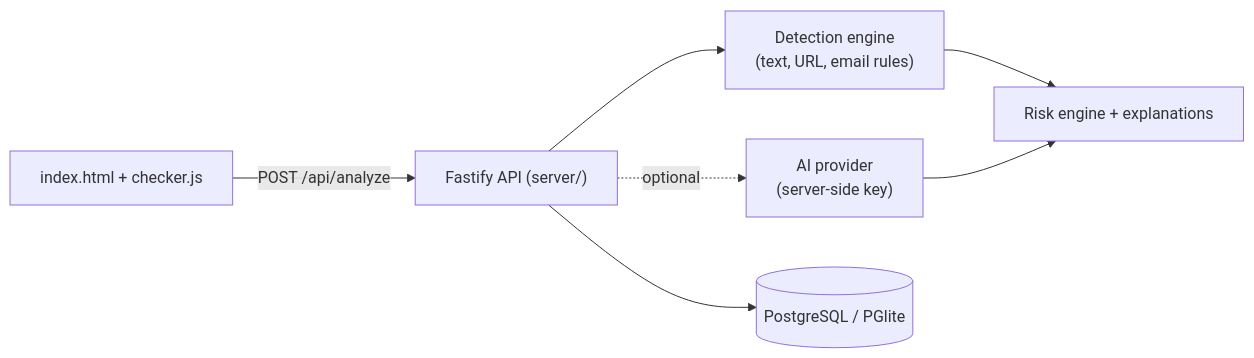
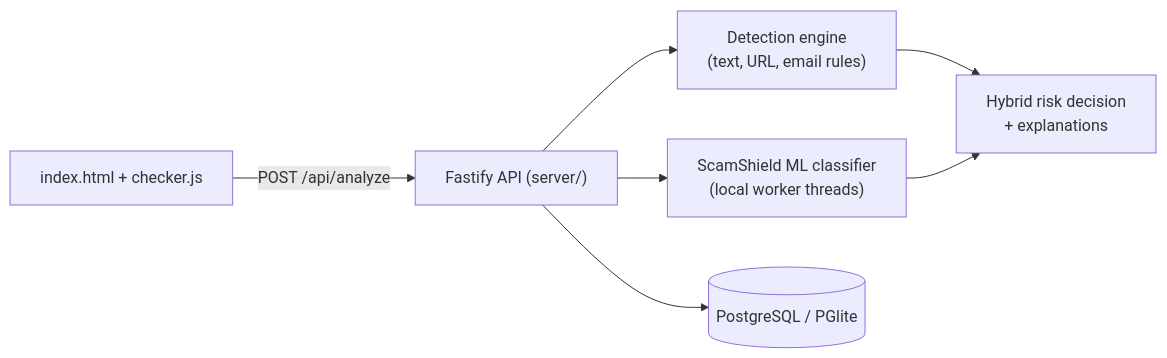
The first of 3 diagrams in README.md (nourelhilo/scam-shield), drawn with Mermaid before and after one commit. The commit also changed other lines of this file and 84 other files, not shown here.

First line of the commit message:
feat: replace external AI with custom ML scam classifier

````diff
--- a/README.md
+++ b/README.md
@@ -24,9 +28,9 @@
 ```mermaid
 flowchart LR
     Page["index.html + checker.js"] -->|POST /api/analyze| API["Fastify API (server/)"]
     API --> Rules["Detection engine\n(text, URL, email rules)"]
-    API -. optional .-> AI["AI provider\n(server-side key)"]
-    Rules --> Risk["Risk engine + explanations"]
-    AI --> Risk
+    API --> ML["ScamShield ML classifier\n(local worker threads)"]
+    Rules --> Hybrid["Hybrid risk decision\n+ explanations"]
+    ML --> Hybrid
     API --> DB[("PostgreSQL / PGlite")]
 ```
````
